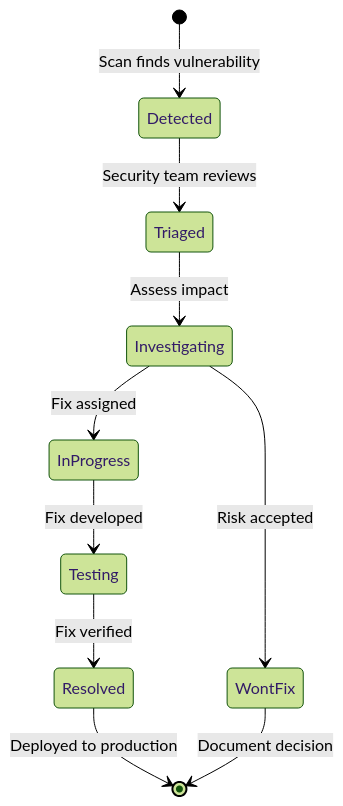
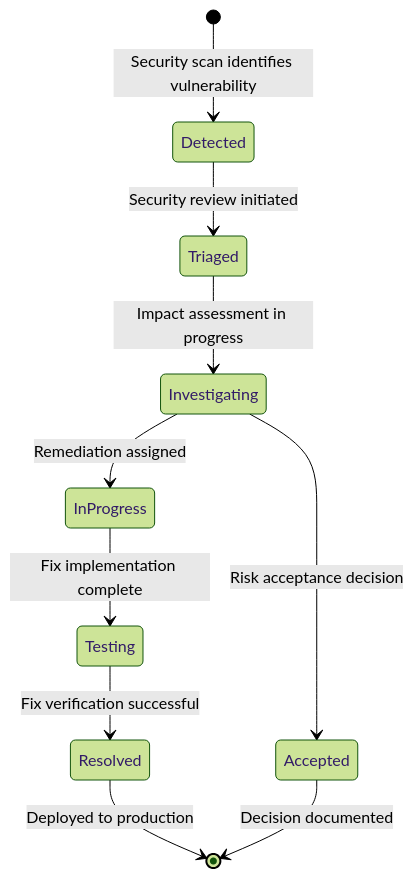
One commit to WSO2-G02/salon-booking-frontend-dev changed the fourth of 9 diagrams in docs/SECURITY.md. Above: the diagram before and after it, drawn with Mermaid (forest theme). The commit also changed other lines of this file and 2 other files, not shown here.

````diff
--- a/docs/SECURITY.md
+++ b/docs/SECURITY.md
@@ -91,13 +85,13 @@
 ```mermaid
 stateDiagram-v2
-    [*] --> Detected: Scan finds vulnerability
-    Detected --> Triaged: Security team reviews
-    Triaged --> Investigating: Assess impact
-    Investigating --> InProgress: Fix assigned
-    InProgress --> Testing: Fix developed
-    Testing --> Resolved: Fix verified
+    [*] --> Detected: Security scan identifies vulnerability
+    Detected --> Triaged: Security review initiated
+    Triaged --> Investigating: Impact assessment in progress
+    Investigating --> InProgress: Remediation assigned
+    InProgress --> Testing: Fix implementation complete
+    Testing --> Resolved: Fix verification successful
     Resolved --> [*]: Deployed to production
     
-    Investigating --> WontFix: Risk accepted
-    WontFix --> [*]: Document decision
+    Investigating --> Accepted: Risk acceptance decision
+    Accepted --> [*]: Decision documented
 ```
````
